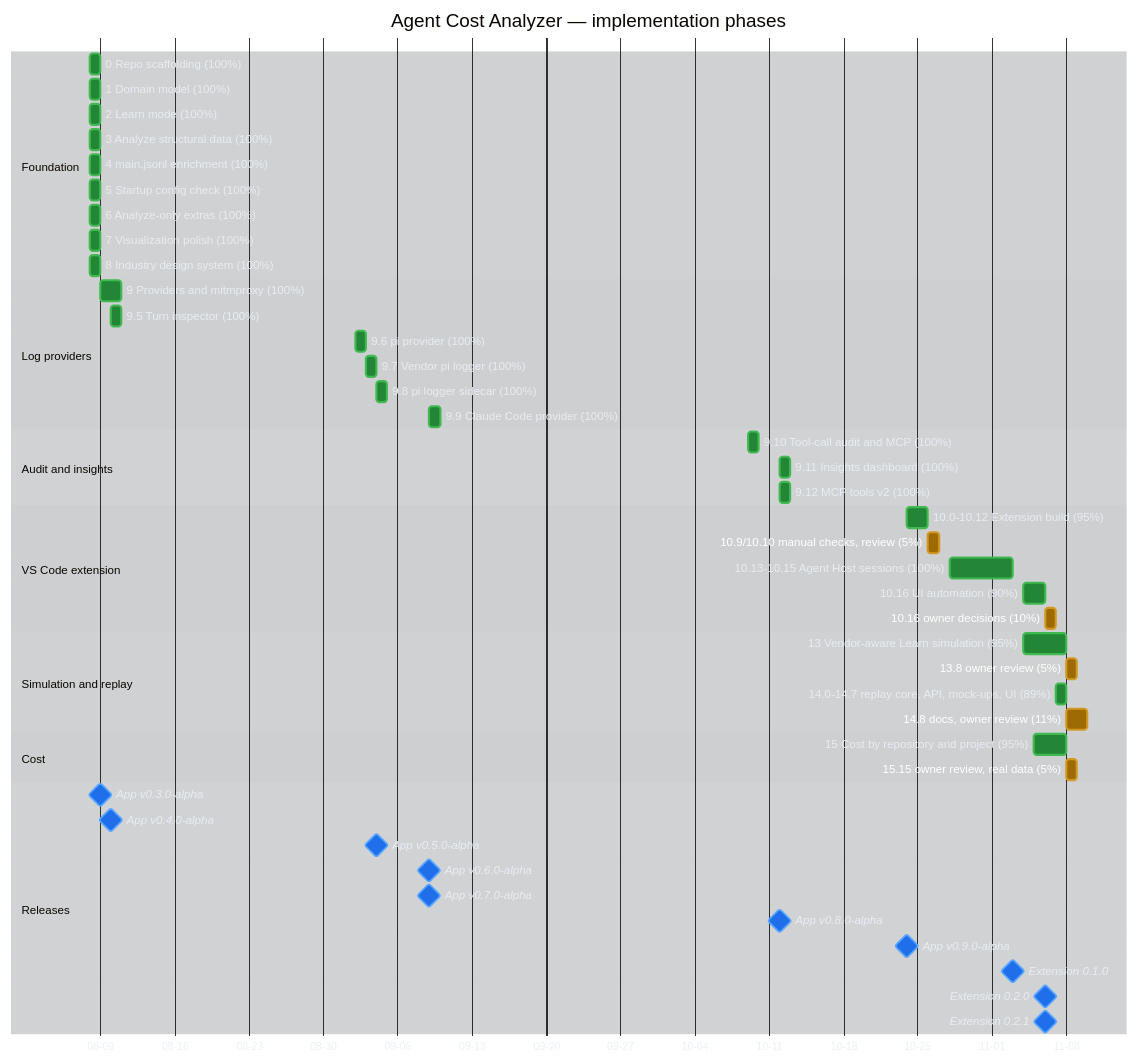
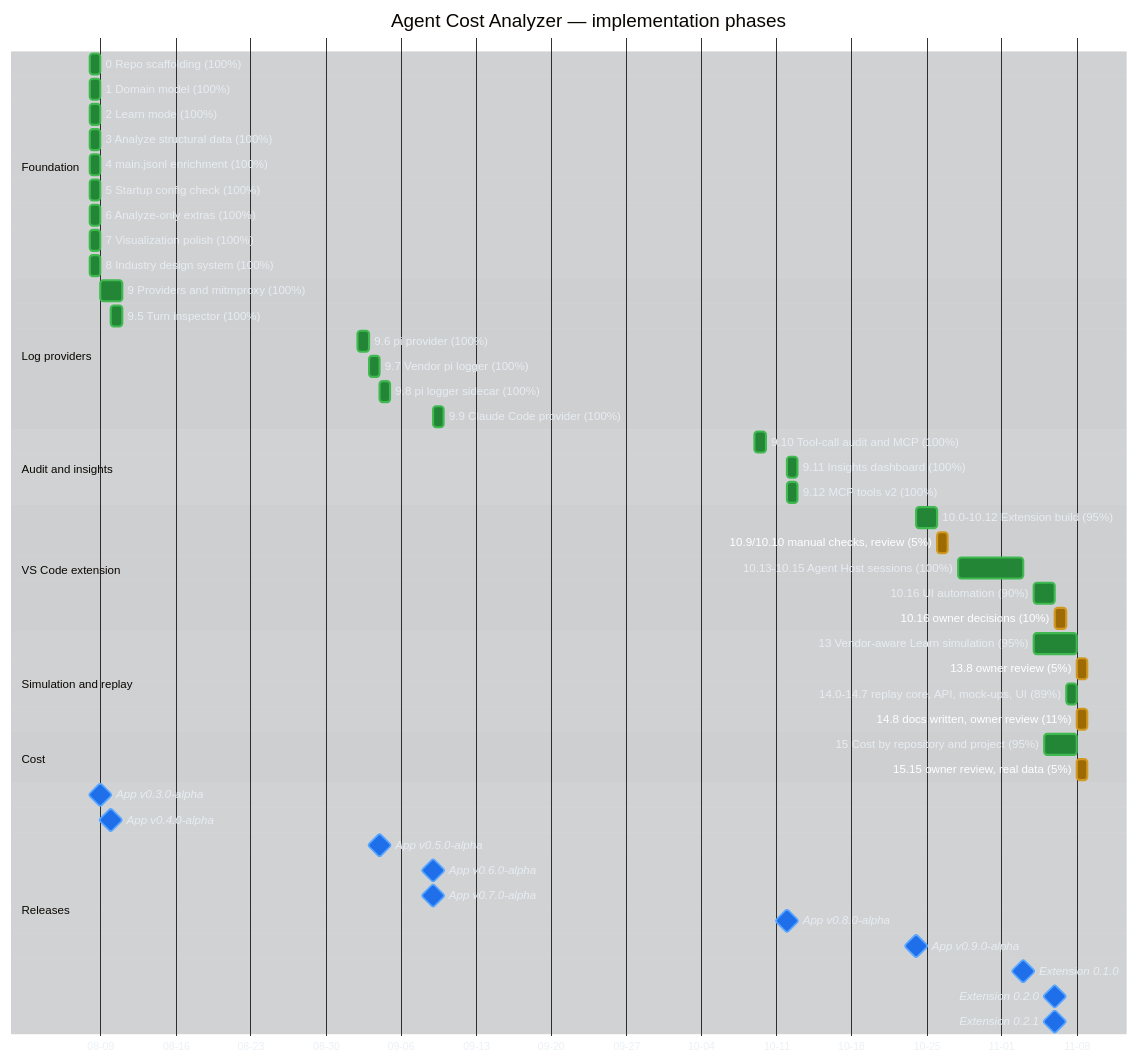
Before and after one commit to raulkivi/agent-cost-analyzer: the first of 3 diagrams in docs/implementation-plan-gantt.md, drawn with Mermaid. The commit also changed other lines of this file and 10 other files, not shown here.

```diff
--- a/docs/implementation-plan-gantt.md
+++ b/docs/implementation-plan-gantt.md
@@ -70,7 +70,7 @@
     13 Vendor-aware Learn simulation (95%) :done, p13, 2026-11-04, 4d
     13.8 owner review (5%)                 :active, p13r, after p13, 1d
     14.0-14.7 replay core, API, mock-ups, UI (89%) :done, p14, 2026-11-07, 1d
-    14.8 docs, owner review (11%)          :active, p14r, after p14, 2d
+    14.8 docs written, owner review (11%)  :active, p14r, after p14, 1d
 
     section Cost
     15 Cost by repository and project (95%) :done, p15, 2026-11-05, 3d
```
